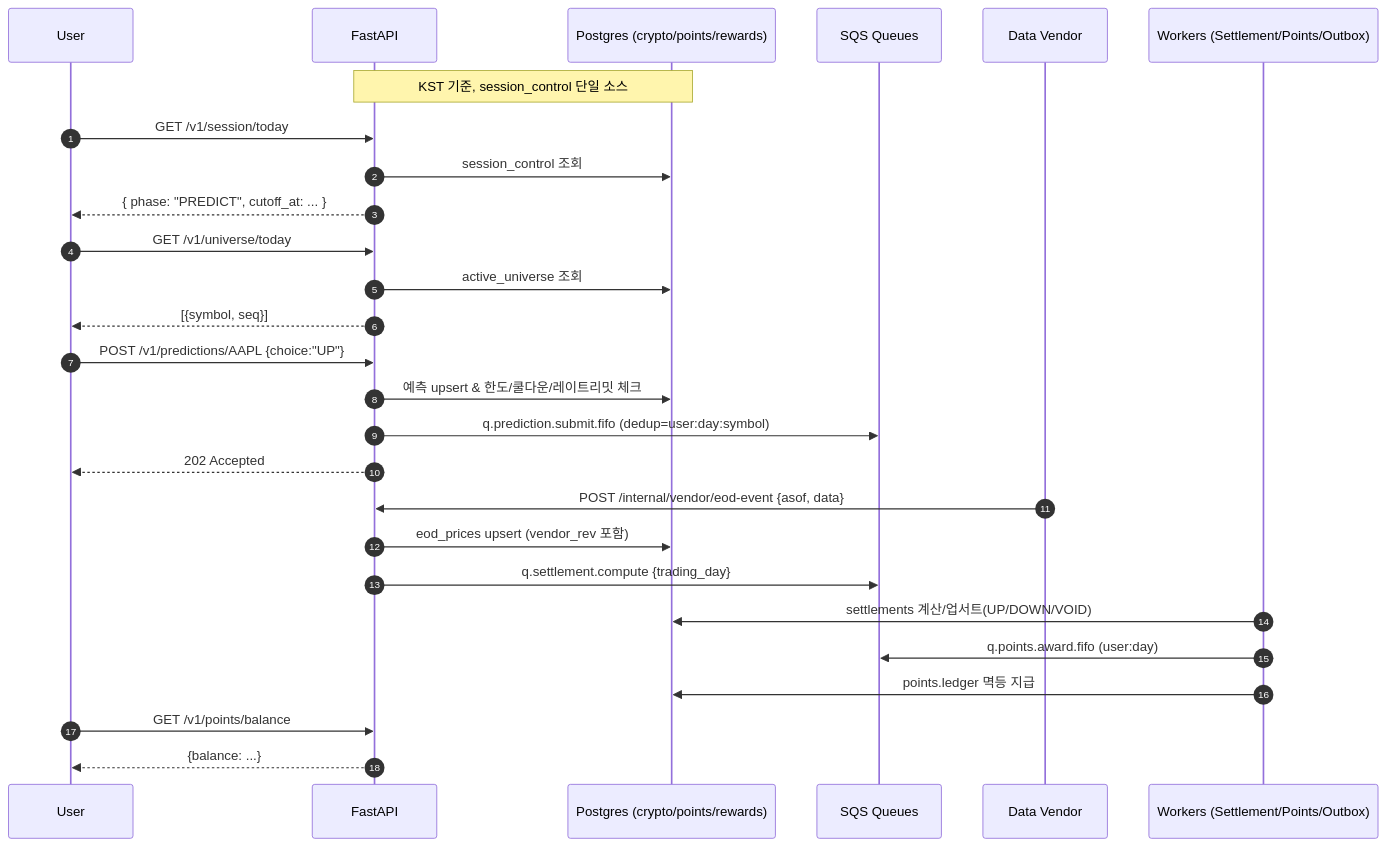
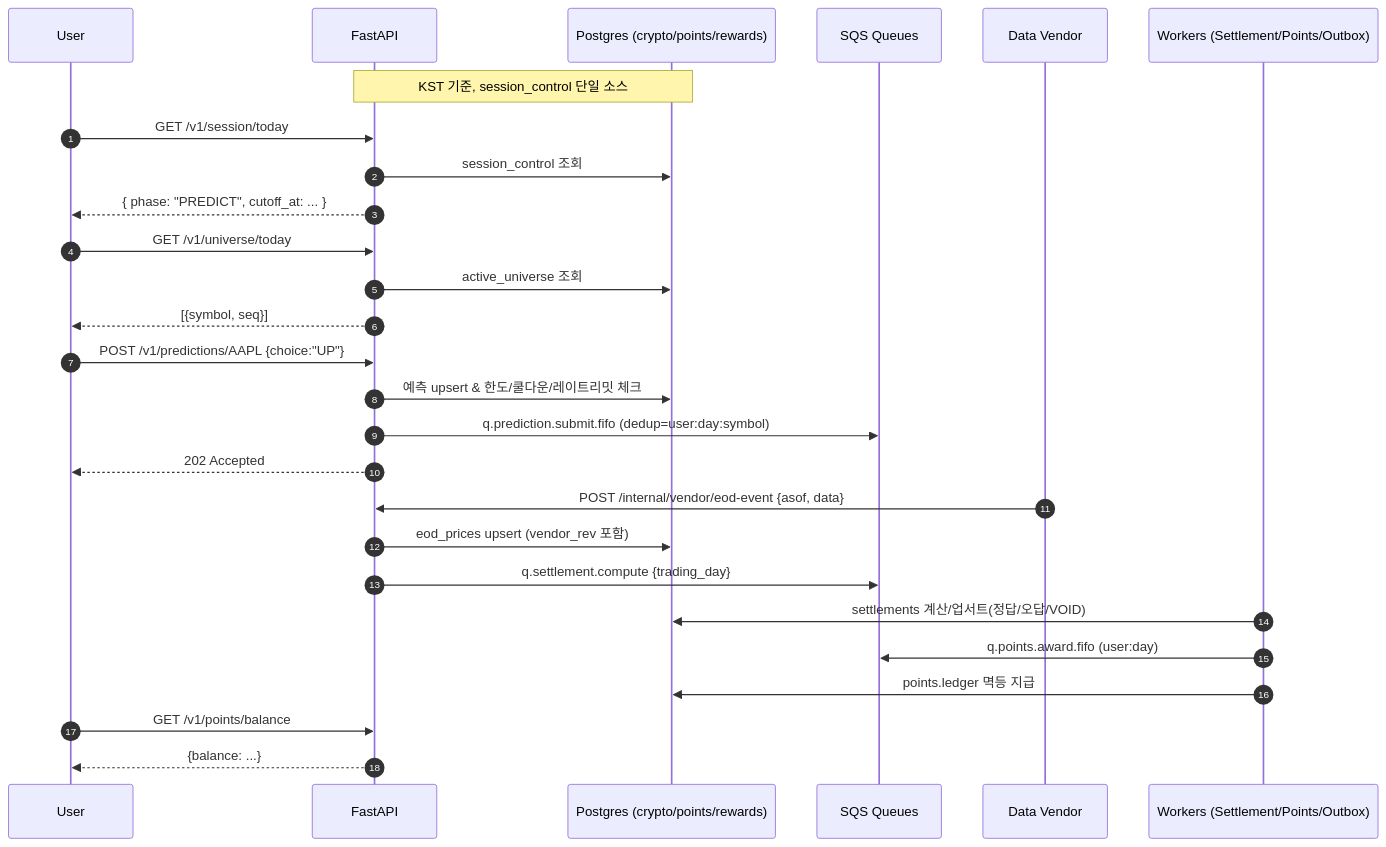
The second of 3 diagrams in docs/OX_Predict_requirement.md (jaewoong2/stock_ox_predict), drawn with Mermaid before and after one commit. The commit also changed other lines of this file and 24 other files, not shown here.

````diff
--- a/docs/OX_Predict_requirement.md
+++ b/docs/OX_Predict_requirement.md
@@ -117,34 +117,34 @@
 ```mermaid
 sequenceDiagram
   autonumber
   participant User
   participant API as FastAPI
   participant DB as Postgres (crypto/points/rewards)
   participant SQS as SQS Queues
   participant Vendor as Data Vendor
   participant Worker as Workers (Settlement/Points/Outbox)
 
   Note over API,DB: KST 기준, session_control 단일 소스
   User->>API: GET /v1/session/today
   API->>DB: session_control 조회
   API-->>User: { phase: "PREDICT", cutoff_at: ... }
 
   User->>API: GET /v1/universe/today
   API->>DB: active_universe 조회
   API-->>User: [{symbol, seq}]
 
   User->>API: POST /v1/predictions/AAPL {choice:"UP"}
   API->>DB: 예측 upsert & 한도/쿨다운/레이트리밋 체크
   API->>SQS: q.prediction.submit.fifo (dedup=user:day:symbol)
   API-->>User: 202 Accepted
 
   Vendor->>API: POST /internal/vendor/eod-event {asof, data}
   API->>DB: eod_prices upsert (vendor_rev 포함)
   API->>SQS: q.settlement.compute {trading_day}
 
-  Worker->>DB: settlements 계산/업서트(UP/DOWN/VOID)
+  Worker->>DB: settlements 계산/업서트(정답/오답/VOID)
   Worker->>SQS: q.points.award.fifo (user:day)
   Worker->>DB: points.ledger 멱등 지급
   User->>API: GET /v1/points/balance
   API-->>User: {balance: ...}
 ```
````
